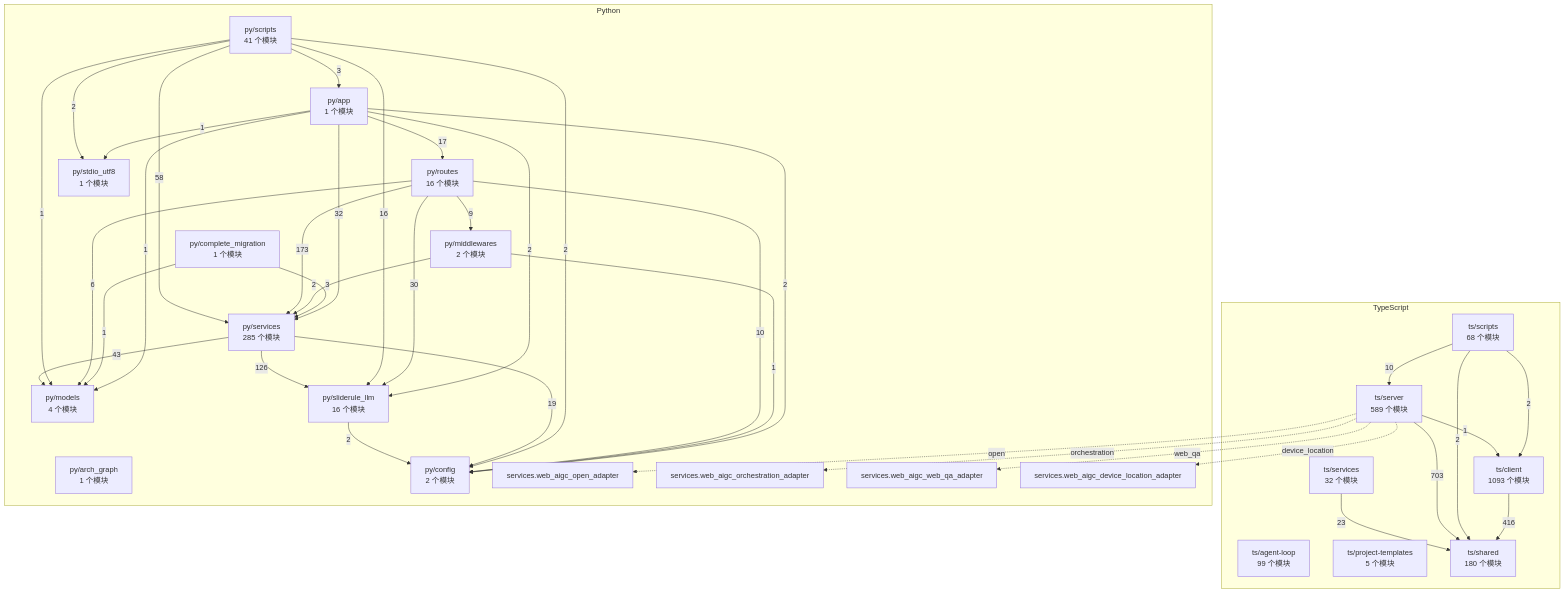
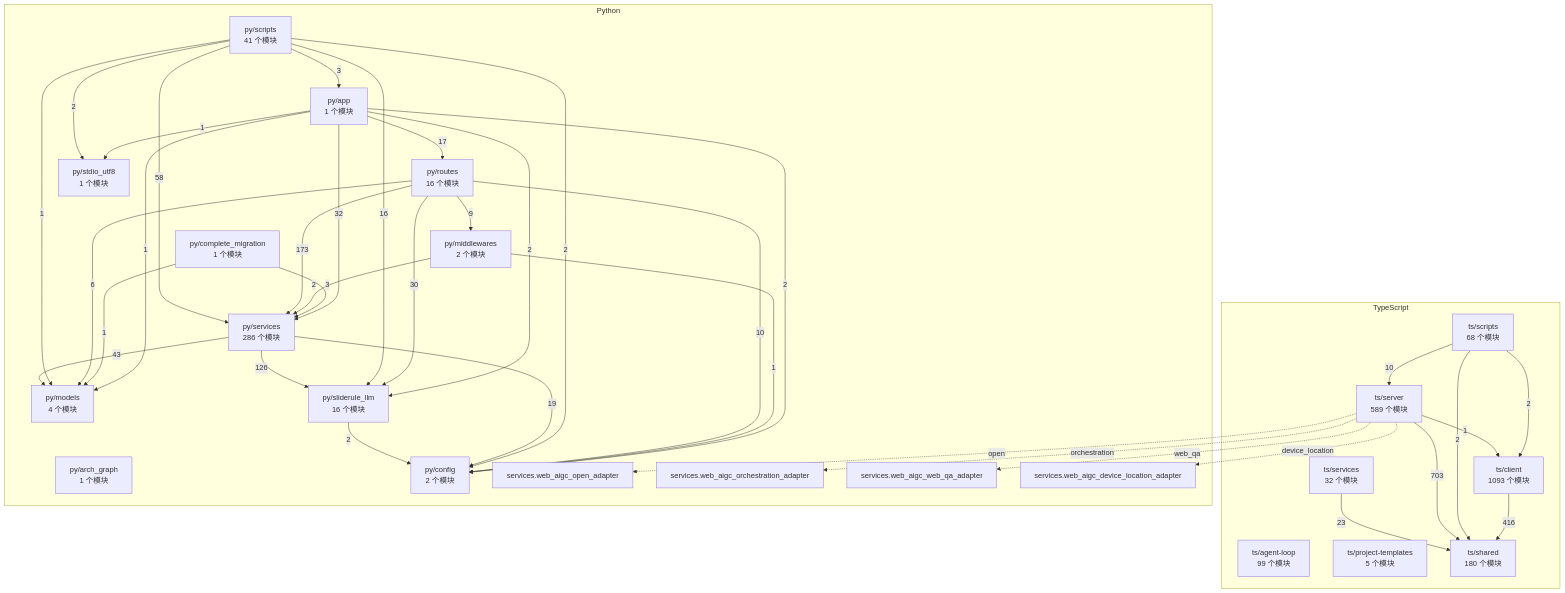
Before and after one commit to 2686521696/WhyBuddy: the diagram in docs/WhyBuddy 全仓架构图（自动生成）.md, drawn with Mermaid. The commit also changed 9 other files, not shown here.

````diff
--- a/docs/WhyBuddy 全仓架构图（自动生成）.md
+++ b/docs/WhyBuddy 全仓架构图（自动生成）.md
@@ -14,65 +14,65 @@
 ```mermaid
 flowchart TB
   subgraph ts [TypeScript]
     ts_agent_loop["ts/agent-loop<br/>99 个模块"]
     ts_client["ts/client<br/>1093 个模块"]
     ts_project_templates["ts/project-templates<br/>5 个模块"]
     ts_scripts["ts/scripts<br/>68 个模块"]
     ts_server["ts/server<br/>589 个模块"]
     ts_services["ts/services<br/>32 个模块"]
     ts_shared["ts/shared<br/>180 个模块"]
   end
   subgraph py [Python]
     py_app["py/app<br/>1 个模块"]
     py_arch_graph["py/arch_graph<br/>1 个模块"]
     py_complete_migration["py/complete_migration<br/>1 个模块"]
     py_config["py/config<br/>2 个模块"]
     py_middlewares["py/middlewares<br/>2 个模块"]
     py_models["py/models<br/>4 个模块"]
     py_routes["py/routes<br/>16 个模块"]
     py_scripts["py/scripts<br/>41 个模块"]
-    py_services["py/services<br/>285 个模块"]
+    py_services["py/services<br/>286 个模块"]
     py_sliderule_llm["py/sliderule_llm<br/>16 个模块"]
     py_stdio_utf8["py/stdio_utf8<br/>1 个模块"]
     py_services_web_aigc_open_adapter["services.web_aigc_open_adapter"]
     py_services_web_aigc_orchestration_adapter["services.web_aigc_orchestration_adapter"]
     py_services_web_aigc_web_qa_adapter["services.web_aigc_web_qa_adapter"]
     py_services_web_aigc_device_location_adapter["services.web_aigc_device_location_adapter"]
   end
   ts_client -->|416| ts_shared
   ts_scripts -->|2| ts_client
   ts_scripts -->|10| ts_server
   ts_scripts -->|2| ts_shared
   ts_server -->|1| ts_client
   ts_server -->|703| ts_shared
   ts_services -->|23| ts_shared
   py_app -->|2| py_config
   py_app -->|1| py_models
   py_app -->|17| py_routes
   py_app -->|32| py_services
   py_app -->|2| py_sliderule_llm
   py_app -->|1| py_stdio_utf8
   py_complete_migration -->|1| py_models
   py_complete_migration -->|3| py_services
   py_middlewares -->|1| py_config
   py_middlewares -->|2| py_services
   py_routes -->|10| py_config
   py_routes -->|9| py_middlewares
   py_routes -->|6| py_models
   py_routes -->|173| py_services
   py_routes -->|30| py_sliderule_llm
   py_scripts -->|3| py_app
   py_scripts -->|2| py_config
   py_scripts -->|1| py_models
   py_scripts -->|58| py_services
   py_scripts -->|16| py_sliderule_llm
   py_scripts -->|2| py_stdio_utf8
   py_services -->|19| py_config
   py_services -->|43| py_models
   py_services -->|126| py_sliderule_llm
   py_sliderule_llm -->|2| py_config
   ts_server -.->|open| py_services_web_aigc_open_adapter
   ts_server -.->|orchestration| py_services_web_aigc_orchestration_adapter
   ts_server -.->|web_qa| py_services_web_aigc_web_qa_adapter
   ts_server -.->|device_location| py_services_web_aigc_device_location_adapter
 ```
````
